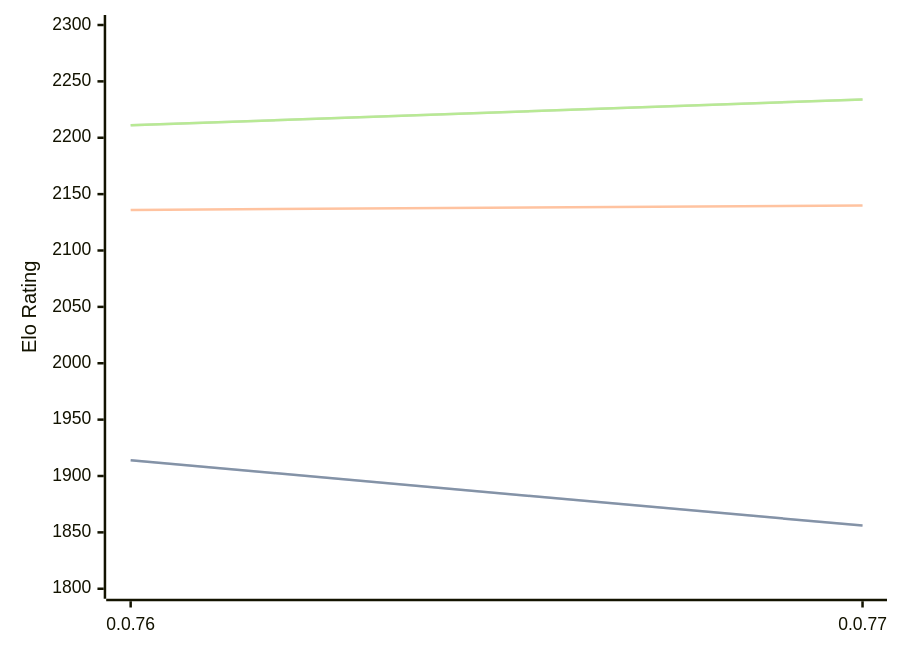
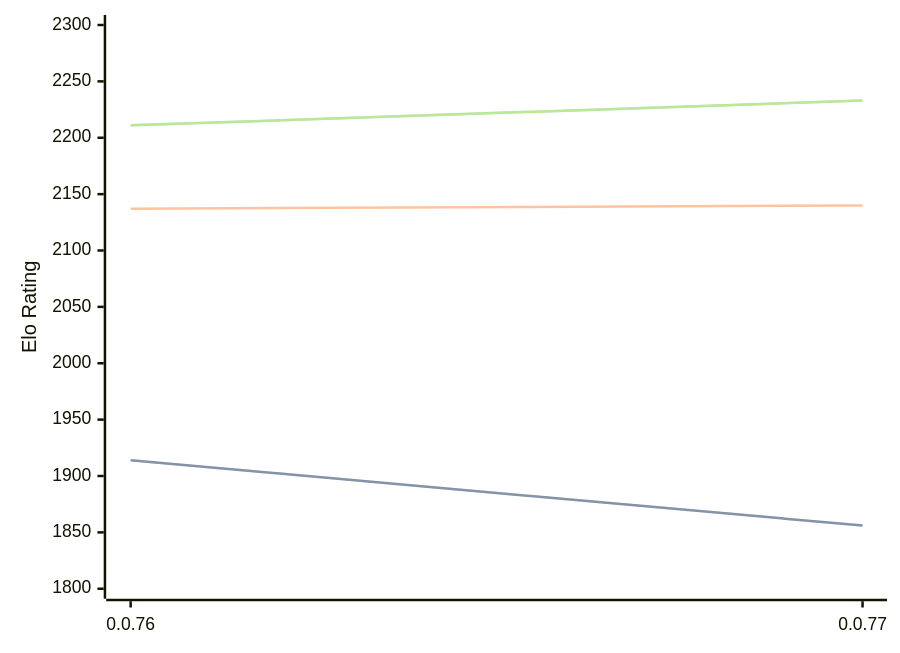
One commit to computer-chess-index/cci changed the diagram in engines/Fktb.md. Above: the diagram before and after it, drawn with Mermaid. The commit also changed other lines of this file, not shown here.

Commit message:
Update CCI Ratings (ELO VLTC) - 2026-09-04

````diff
--- a/engines/Fktb.md
+++ b/engines/Fktb.md
@@ -32,11 +32,11 @@
 ```mermaid
 %%{init: {"theme":"base","themeVariables":{"seriesColors:['#a3a3a3','#222221','#faa371']}}}%%
 xychart-beta
   x-axis ["0.0.76", "0.0.77"]
   y-axis "Elo Rating" 1800 --> 2300
   line "" [1914, 1856]
   line "STC (8.0+0.08s)" [1914, 1856]
-  line "LTC (60.0+0.60s)" [2136, 2140]
-  line "" [2211, 2234]
-  line "VLTC (2m24s+1.12s)" [2211, 2234]
+  line "LTC (60.0+0.60s)" [2137, 2140]
+  line "" [2211, 2233]
+  line "VLTC (2m24s+1.12s)" [2211, 2233]
 ```
````
